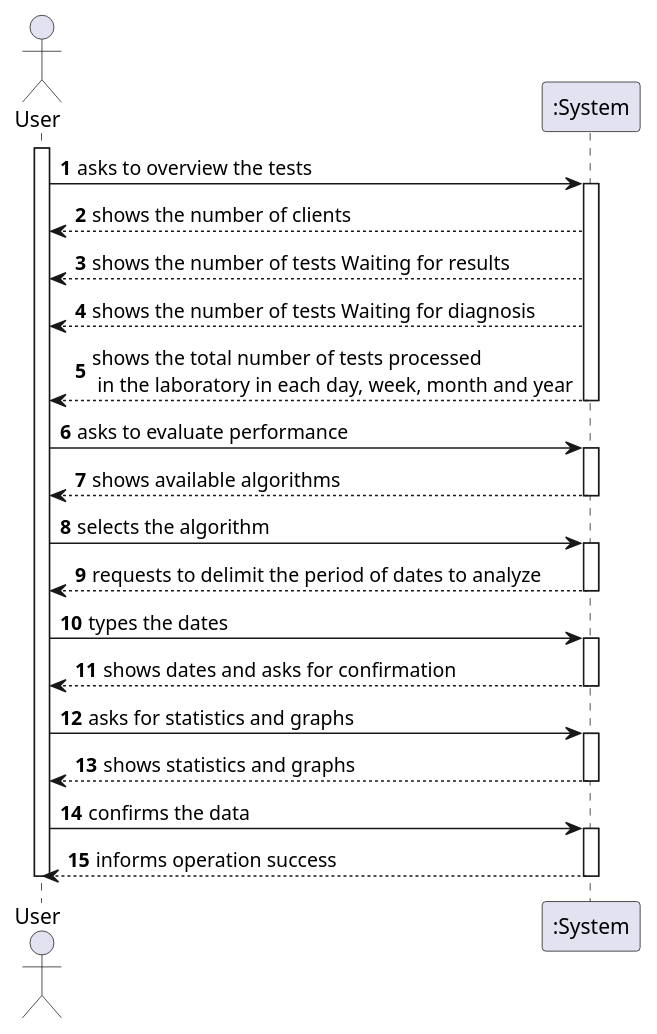
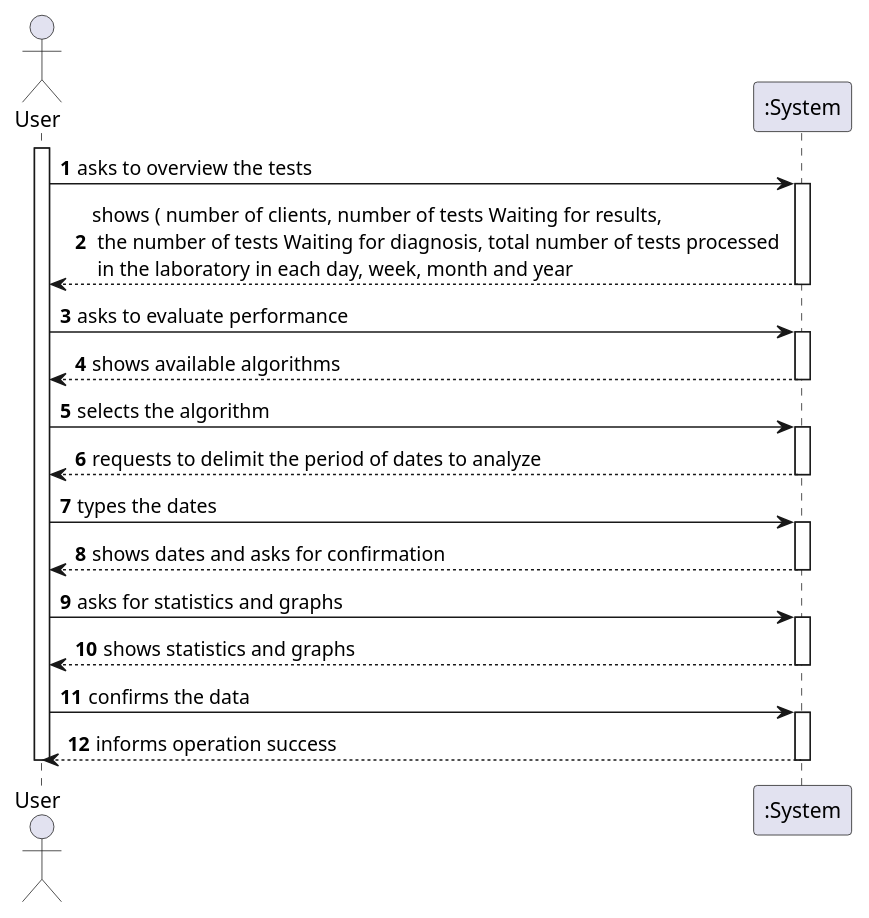
Before and after one commit to manu-07-ela/LAPR2_ISEP: the diagram in docs/SprintD/US16/US16_SSD.puml, drawn with PlantUML. The commit also changed 103 other files, not shown here.

```diff
--- a/docs/SprintD/US16/US16_SSD.puml
+++ b/docs/SprintD/US16/US16_SSD.puml
@@ -1,41 +1,38 @@
 @startuml
 autonumber
 actor "User" as User
 
 activate User
 User -> ":System" : asks to overview the tests
 activate ":System"
-":System" --> User : shows the number of clients
-":System" --> User : shows the number of tests Waiting for results
-":System" --> User : shows the number of tests Waiting for diagnosis
-":System" --> User : shows the total number of tests processed \n in the laboratory in each day, week, month and year
+":System" --> User : shows ( number of clients, number of tests Waiting for results,\n the number of tests Waiting for diagnosis, total number of tests processed \n in the laboratory in each day, week, month and year
 deactivate ":System"
 
 User -> ":System" : asks to evaluate performance
 activate ":System"
 ":System" --> User : shows available algorithms
 deactivate ":System"
 
 User -> ":System" : selects the algorithm
 activate ":System"
 ":System" --> User : requests to delimit the period of dates to analyze
 deactivate ":System"
 
 User -> ":System" : types the dates
 activate ":System"
 ":System" --> User : shows dates and asks for confirmation
 deactivate ":System"
 
 User -> ":System" : asks for statistics and graphs
 activate ":System"
 ":System" --> User : shows statistics and graphs
 deactivate ":System"
 
 User -> ":System" : confirms the data
 activate ":System"
 ":System" --> User : informs operation success
 deactivate ":System"
 
 deactivate User
 
 @enduml
```
